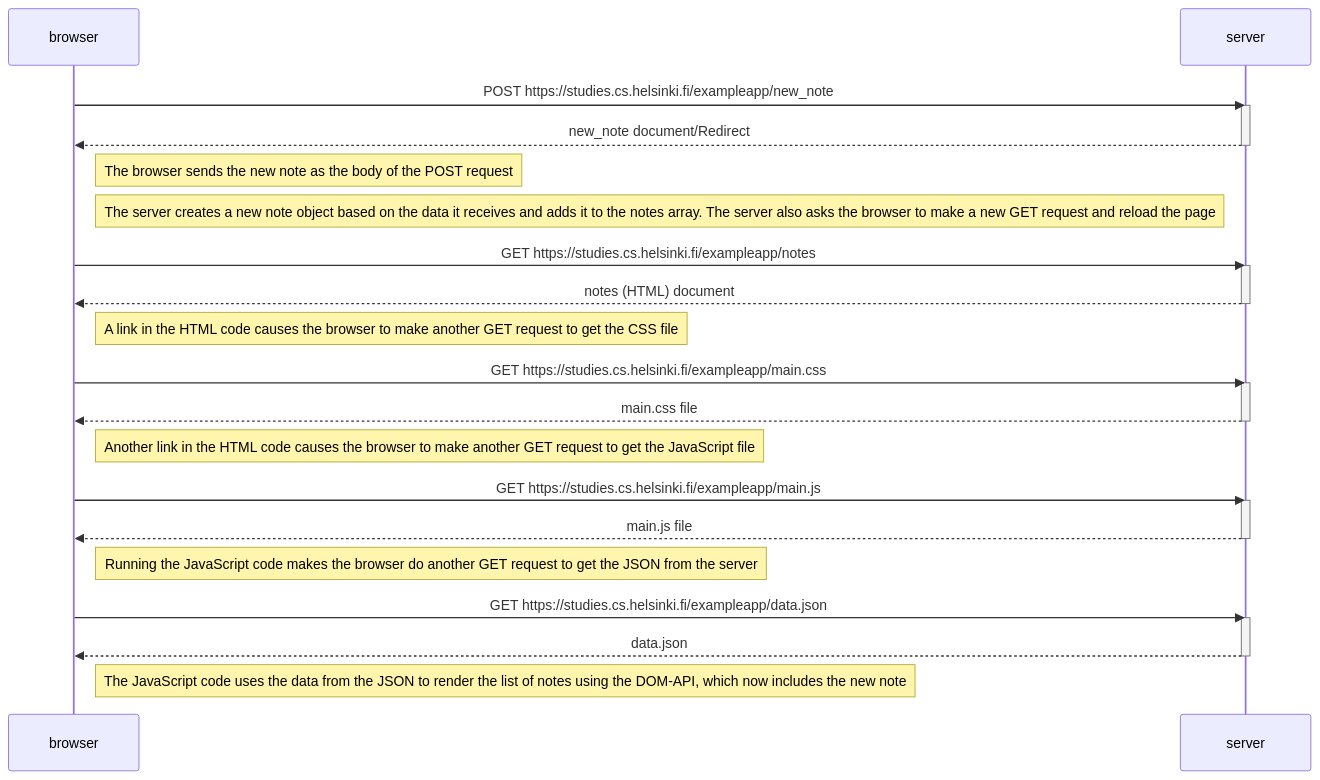
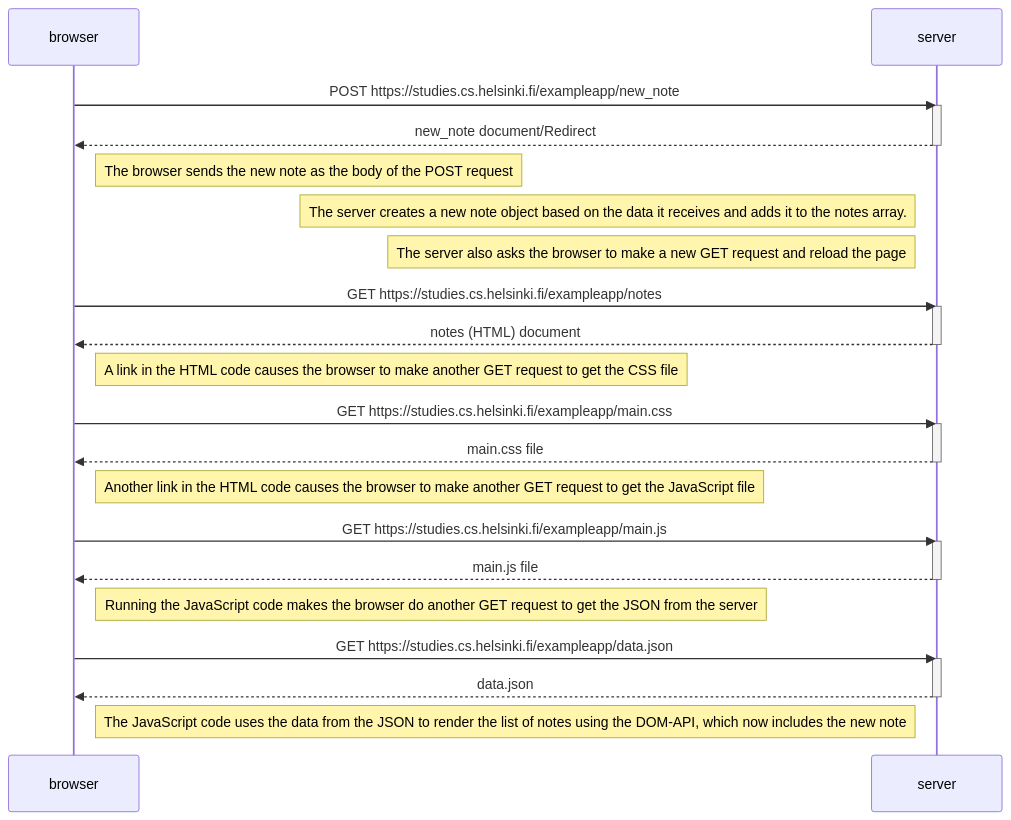
The diagram in part0/new_note_diagram.md (Evernew998/fullstackopen), drawn with Mermaid before and after one commit.

Commit message:
updated new_note_diagram

````diff
--- a/part0/new_note_diagram.md
+++ b/part0/new_note_diagram.md
@@ -1,42 +1,43 @@
 ```mermaid
 sequenceDiagram
     participant browser
     participant server
 
      browser->>server: POST https://studies.cs.helsinki.fi/exampleapp/new_note
      activate server
      server-->>browser: new_note document/Redirect
      deactivate server
 
      Note right of browser: The browser sends the new note as the body of the POST request
 
-     Note left of server: The server creates a new note object based on the data it receives and adds it to the notes array. The server also asks the browser to make a new GET request and reload the page
+     Note left of server: The server creates a new note object based on the data it receives and adds it to the notes array.
+     Note left of server: The server also asks the browser to make a new GET request and reload the page
 
      browser->>server: GET https://studies.cs.helsinki.fi/exampleapp/notes
      activate server
      server-->>browser: notes (HTML) document
      deactivate server
 
      Note right of browser: A link in the HTML code causes the browser to make another GET request to get the CSS file
 
      browser->>server: GET https://studies.cs.helsinki.fi/exampleapp/main.css
      activate server
      server-->>browser: main.css file
      deactivate server
 
      Note right of browser: Another link in the HTML code causes the browser to make another GET request to get the JavaScript file
 
      browser->>server: GET https://studies.cs.helsinki.fi/exampleapp/main.js
      activate server
      server-->>browser: main.js file
      deactivate server
 
      Note right of browser: Running the JavaScript code makes the browser do another GET request to get the JSON from the server
 
      browser->>server: GET https://studies.cs.helsinki.fi/exampleapp/data.json
      activate server
      server-->>browser: data.json
      deactivate server
 
      Note right of browser: The JavaScript code uses the data from the JSON to render the list of notes using the DOM-API, which now includes the new note 
 ```
````
